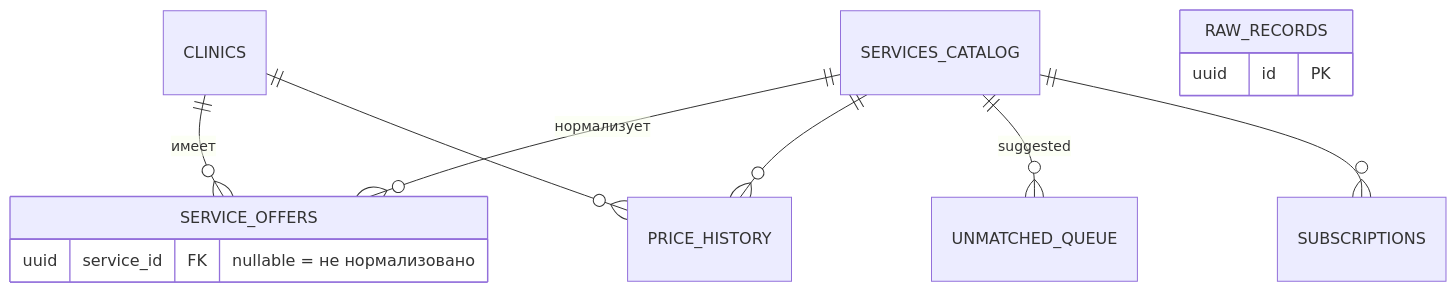
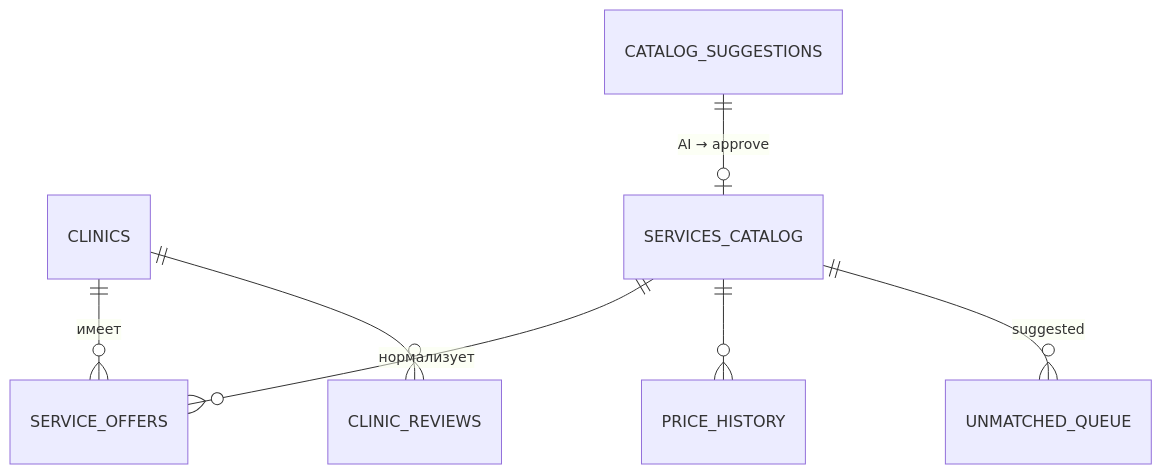
Before and after one commit to Nuridin28/MedTech: the second of 2 diagrams in medserviceprice/ARCHITECTURE.md, drawn with Mermaid. The commit also changed other lines of this file and 8 other files, not shown here.

````diff
--- a/medserviceprice/ARCHITECTURE.md
+++ b/medserviceprice/ARCHITECTURE.md
@@ -41,11 +49,9 @@
 ```mermaid
 erDiagram
     CLINICS ||--o{ SERVICE_OFFERS : имеет
     SERVICES_CATALOG ||--o{ SERVICE_OFFERS : нормализует
     SERVICES_CATALOG ||--o{ PRICE_HISTORY : ""
-    CLINICS ||--o{ PRICE_HISTORY : ""
+    CLINICS ||--o{ CLINIC_REVIEWS : ""
     SERVICES_CATALOG ||--o{ UNMATCHED_QUEUE : suggested
-    SERVICES_CATALOG ||--o{ SUBSCRIPTIONS : ""
-    RAW_RECORDS { uuid id PK }
-    SERVICE_OFFERS { uuid service_id FK "nullable = не нормализовано" }
+    CATALOG_SUGGESTIONS ||--o| SERVICES_CATALOG : "AI → approve"
 ```
````
